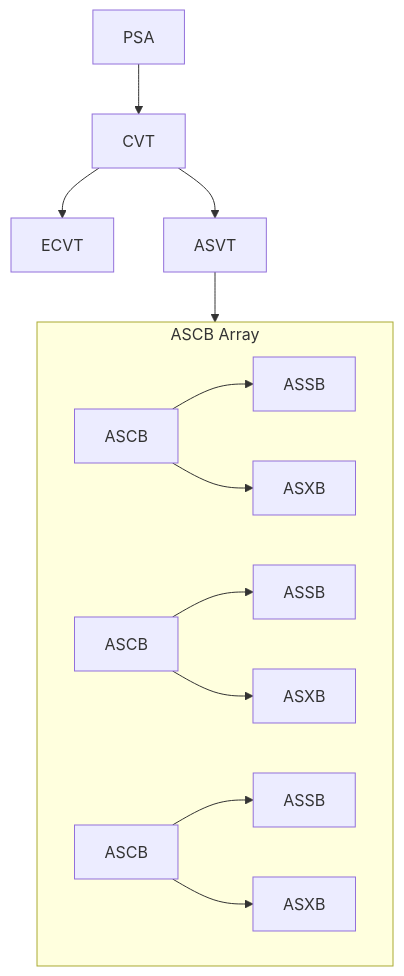
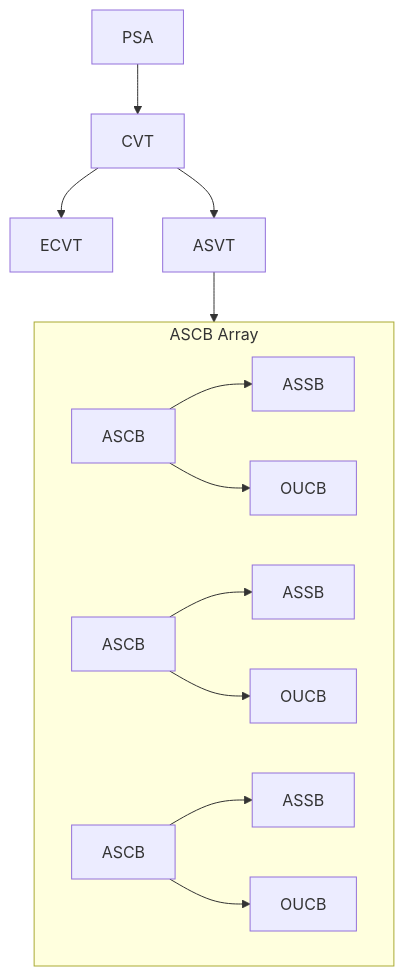
The fourth of 4 diagrams in include_patterns.md (ambitus/cbxp), drawn with Mermaid before and after one commit. The commit also changed 9 other files, not shown here.

```diff
--- a/include_patterns.md
+++ b/include_patterns.md
@@ -175,19 +175,19 @@
 <pre class="mermaid">
   flowchart TD
     PSA
     PSA--> CVT
     CVT--> ECVT
     CVT--> ASVT
     ASVT--> ASCBs
     subgraph ASCBs["ASCB Array"]
         ASCB1["ASCB"]
         ASCB1--> ASSB1["ASSB"]
-        ASCB1--> ASXB1["ASXB"]
+        ASCB1--> OUCB1["OUCB"]
         ASCB2["ASCB"]
         ASCB2--> ASSB2["ASSB"]
-        ASCB2--> ASXB2["ASXB"]
+        ASCB2--> OUCB2["OUCB"]
         ASCB3["ASCB"]
         ASCB3--> ASSB3["ASSB"]
-        ASCB3--> ASXB3["ASXB"]
+        ASCB3--> OUCB3["OUCB"]
     end
 </pre>
```
